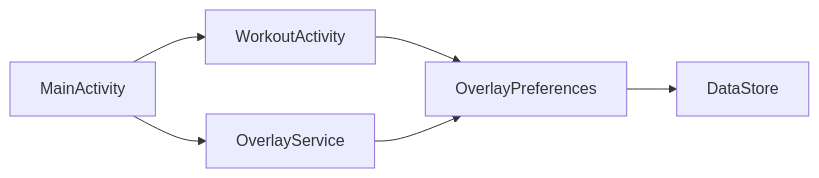
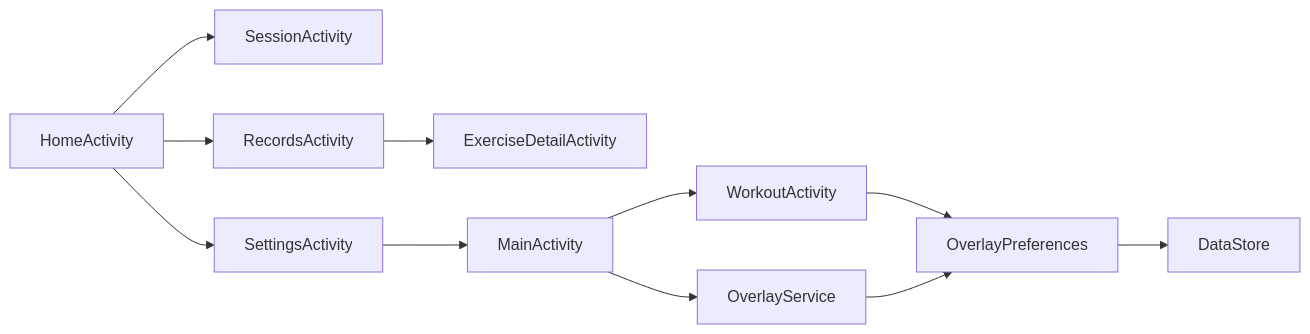
Before and after one commit to JaceDashS/lift-log: the diagram in docs/architecture/10-overview.md, drawn with Mermaid. The commit also changed other lines of this file and 41 other files, not shown here.

First line of the commit message:
[feat] Add roadmap screen UI preview

````diff
--- a/docs/architecture/10-overview.md
+++ b/docs/architecture/10-overview.md
@@ -4,8 +4,13 @@
 ```mermaid
 flowchart LR
+ HomeActivity --> SessionActivity
+ HomeActivity --> RecordsActivity
+ RecordsActivity --> ExerciseDetailActivity
+ HomeActivity --> SettingsActivity
+ SettingsActivity --> MainActivity
  MainActivity --> WorkoutActivity
  MainActivity --> OverlayService
  WorkoutActivity --> OverlayPreferences
  OverlayService --> OverlayPreferences
  OverlayPreferences --> DataStore
 ```
````
